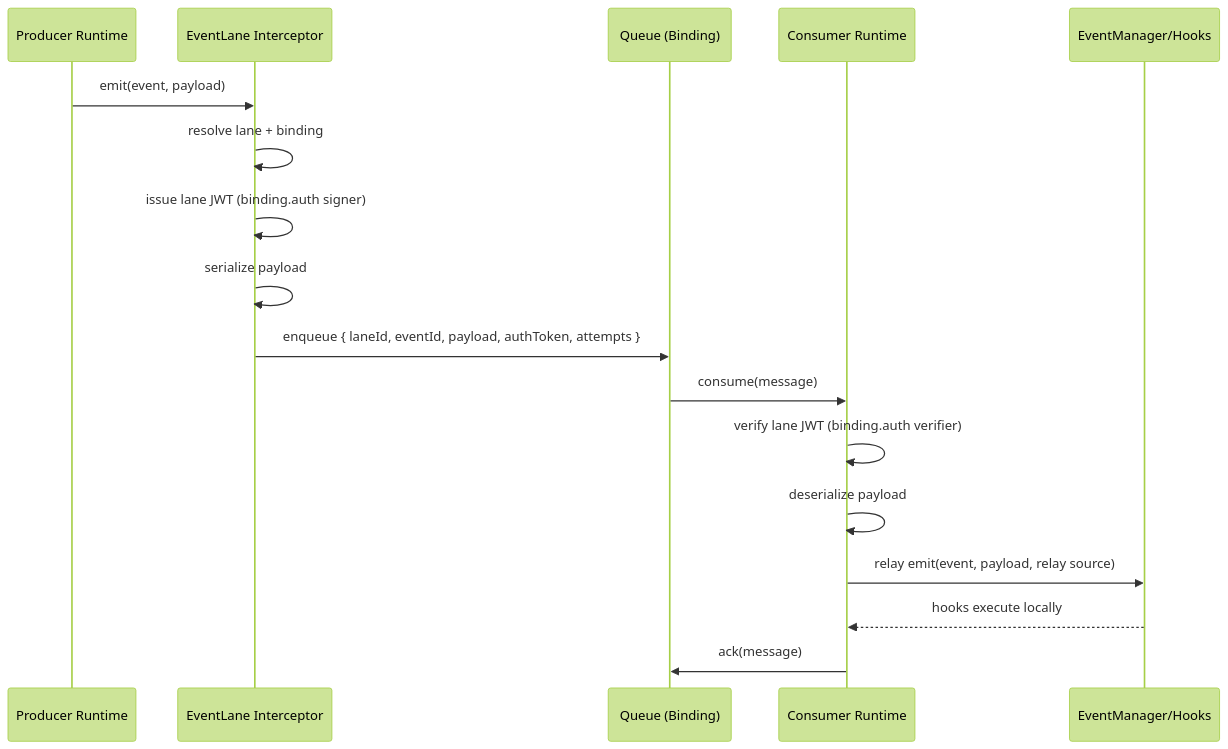
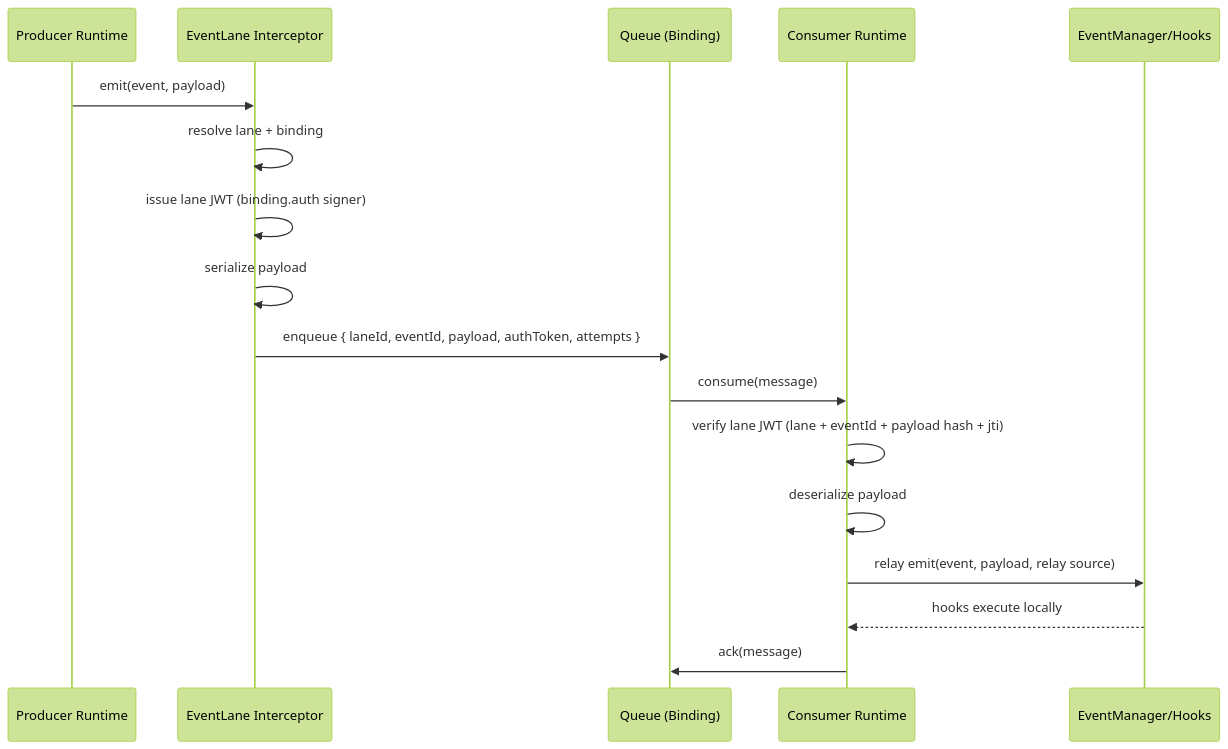
The third of 4 diagrams in readmes/REMOTE_LANES.md (bluelibs/runner), drawn with Mermaid (forest theme) before and after one commit. The commit also changed other lines of this file and 45 other files, not shown here.

````diff
--- a/readmes/REMOTE_LANES.md
+++ b/readmes/REMOTE_LANES.md
@@ -326,21 +326,21 @@
 ```mermaid
 sequenceDiagram
     participant P as Producer Runtime
     participant EI as EventLane Interceptor
     participant Q as Queue (Binding)
     participant C as Consumer Runtime
     participant EM as EventManager/Hooks
 
     P->>EI: emit(event, payload)
     EI->>EI: resolve lane + binding
     EI->>EI: issue lane JWT (binding.auth signer)
     EI->>EI: serialize payload
     EI->>Q: enqueue { laneId, eventId, payload, authToken, attempts }
 
     Q->>C: consume(message)
-    C->>C: verify lane JWT (binding.auth verifier)
+    C->>C: verify lane JWT (lane + eventId + payload hash + jti)
     C->>C: deserialize payload
     C->>EM: relay emit(event, payload, relay source)
     EM-->>C: hooks execute locally
     C->>Q: ack(message)
 ```
````
